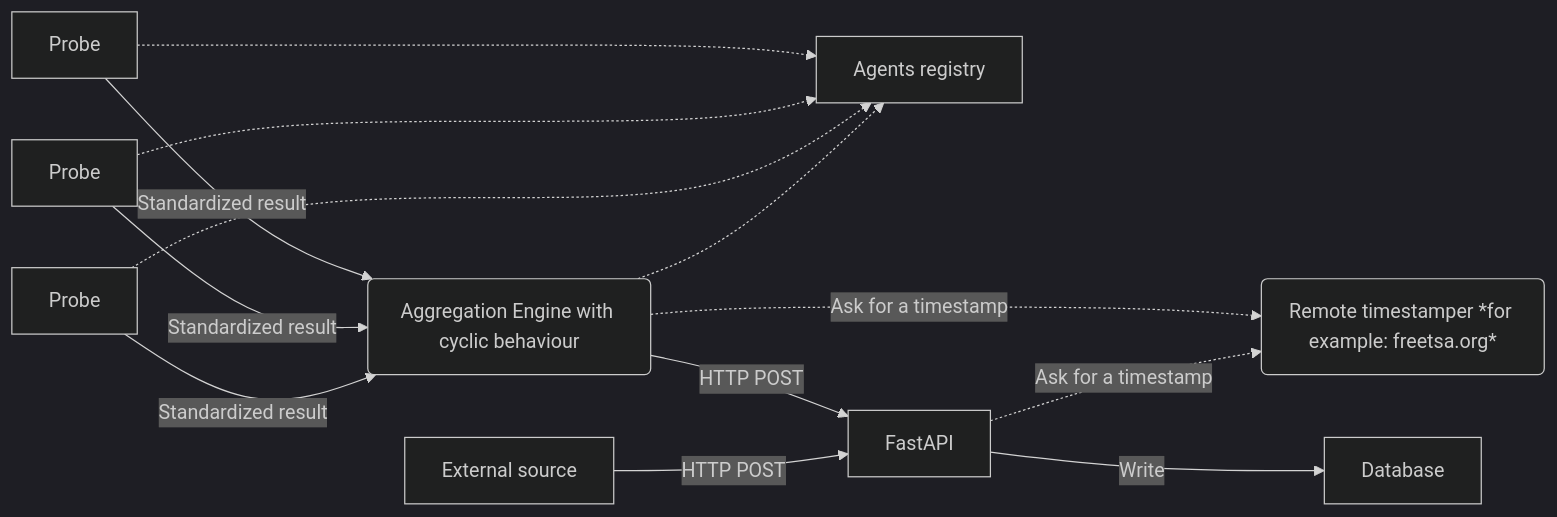
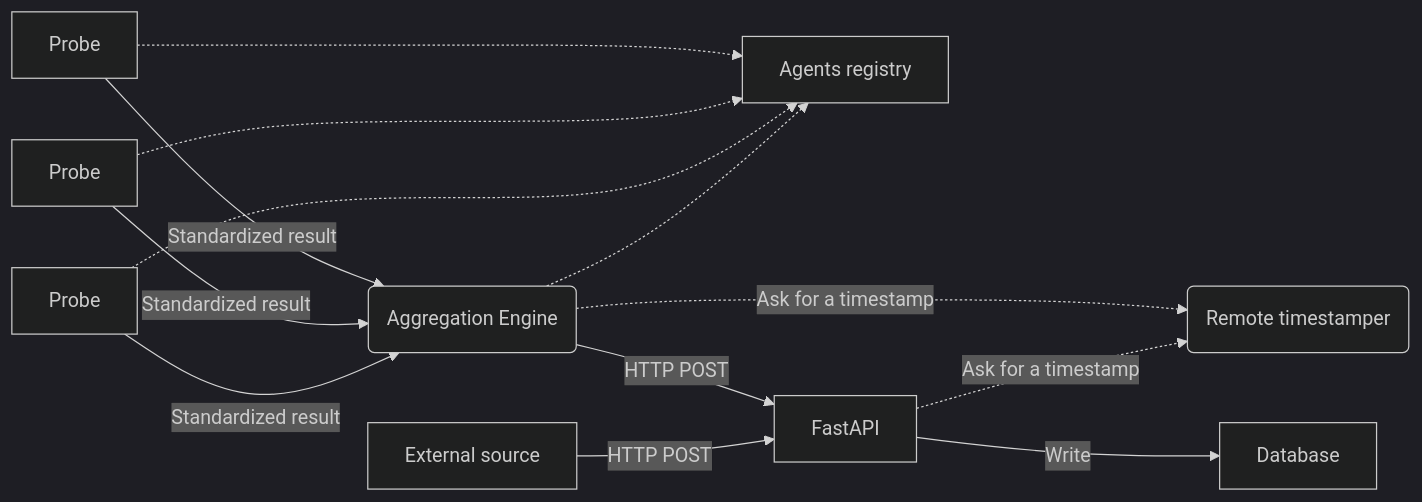
One commit to scandale-project/scandale changed the diagram in README.md. Above: the diagram before and after it, drawn with Mermaid (dark theme). The commit also changed other lines of this file and 1 other file, not shown here.

Commit message:
chg: [documentation] Updated architecture documentation.

````diff
--- a/README.md
+++ b/README.md
@@ -26,19 +26,19 @@
 ```mermaid
 flowchart LR
 
-P[Probe] -->|Standardized result| A(Aggregation Engine with cyclic behaviour)
+P[Probe] -->|Standardized result| A(Aggregation Engine)
 P1[Probe] -->|Standardized result| A
 P2[Probe] -->|Standardized result| A
 
-A -.->|Ask for a timestamp| RTS(Remote timestamper *for example: freetsa.org*)
+A -.->|Ask for a timestamp| RTS(Remote timestamper)
 
 P -.-> H[Agents registry]
 P1 -.-> H
 P2 -.-> H
 A -.-> H
 
 A -->|HTTP POST| B[FastAPI]
 B -.->|Ask for a timestamp| RTS
 B -->|Write| G[Database]
 E[External source] -->|HTTP POST| B
 ```
````
